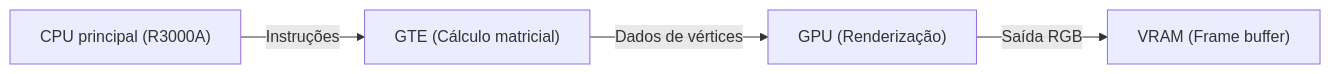
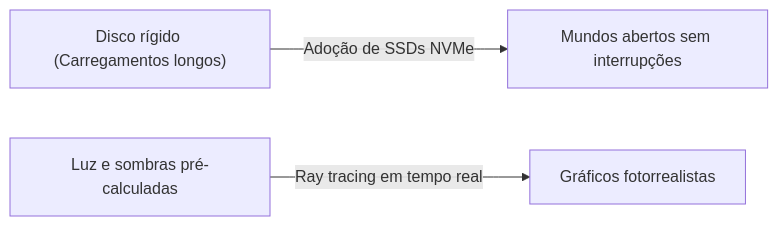
One commit to kenjinote/blog changed the second of 2 diagrams in content/post/history-of-video-game-consoles/index.pt.md. Above: the diagram before and after it, drawn with Mermaid. The commit also changed other lines of this file and 129 other files, not shown here.

````diff
--- a/content/post/history-of-video-game-consoles/index.pt.md
+++ b/content/post/history-of-video-game-consoles/index.pt.md
@@ -79,6 +61,5 @@
 ```mermaid
 graph LR
-    CPU["CPU principal (R3000A)"] -- "Instruções" --> GTE["GTE (Cálculo matricial)"]
-    GTE -- "Dados de vértices" --> GPU["GPU (Renderização)"]
-    GPU -- "Saída RGB" --> VRAM["VRAM (Frame buffer)"]
+  A["Disco rígido (Carregamentos longos)"] -- "Adoção de SSDs NVMe" --> B["Mundos abertos sem interrupções"]
+  C["Luz e sombras pré-calculadas"] -- "Ray tracing em tempo real" --> D["Gráficos fotorrealistas"]
 ```
````
